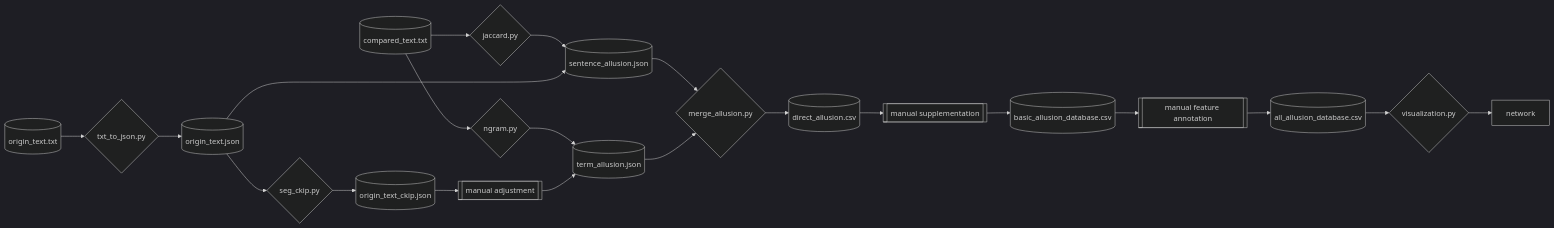
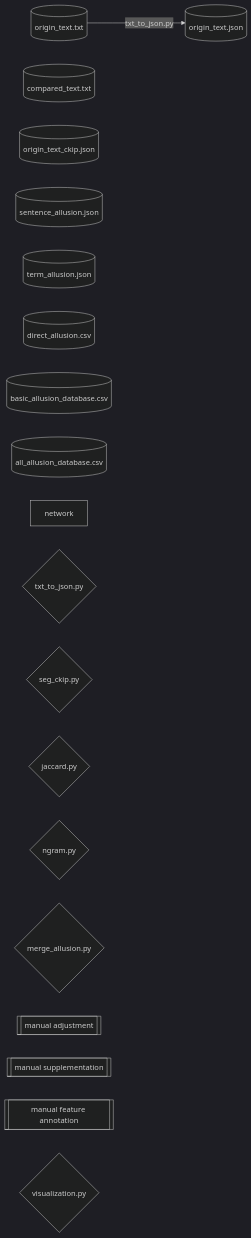
The diagram in README.md (Taoyi-Chiang/lufu_allusion), drawn with Mermaid (dark theme) before and after one commit. The commit also changed other lines of this file, not shown here.

````diff
--- a/README.md
+++ b/README.md
@@ -45,45 +3,27 @@
 ```mermaid
 graph LR
     %% 1. 定義各個節點
     A1[(origin_text.txt)]
     A2[(compared_text.txt)]
     B1[(origin_text.json)]
     B2[(origin_text_ckip.json)]
     C1[(sentence_allusion.json)]
     C2[(term_allusion.json)]
     D1[(direct_allusion.csv)]
     E1[(basic_allusion_database.csv)]
     E2[(all_allusion_database.csv)]
     F1[network]
+
     G1{txt_to_json.py}
     G2{seg_ckip.py}
     H1{jaccard.py}
     H2{ngram.py}
     I1{merge_allusion.py}
     J1[[manual adjustment]]
     J2[[manual supplementation]]
     J3[[manual feature annotation]]
     K1{visualization.py}
 
     %% 2. 定義接點方向
-    A1-->G1
-    G1-->B1
-    B1-->G2
-    G2-->B2
-    A2-->H1
-    H1-->C1
-    B1-->C1
-    A2-->H2
-    H2-->C2
-    B2-->J1
-    J1-->C2
-    C1-->I1
-    C2-->I1
-    I1-->D1
-    D1-->J2
-    J2-->E1
-    E1-->J3
-    J3-->E2
-    E2-->K1
-    K1-->F1
+    A1-->|txt_to_json.py|B1
 ```
````
